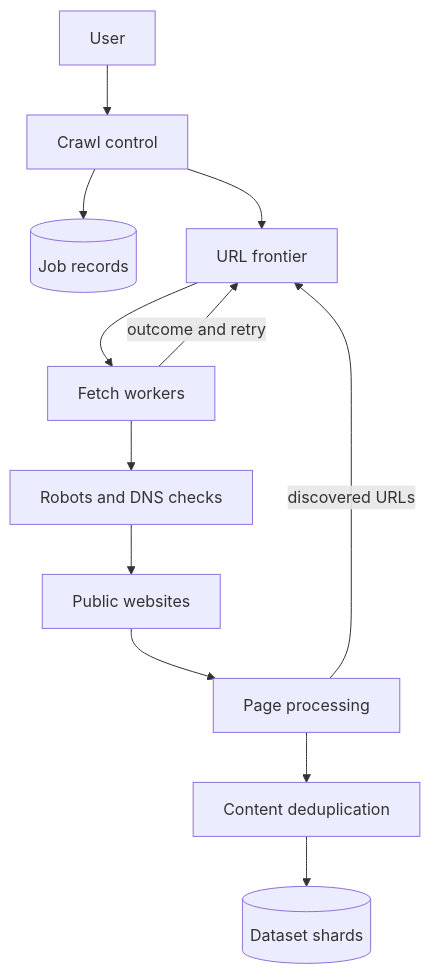
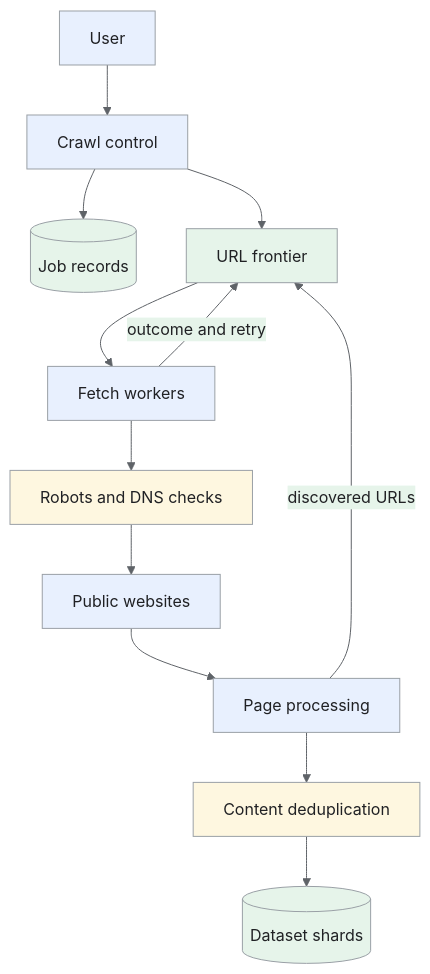
Before and after one commit to iliazlobin/iliazlobin.github.io: the first of 5 diagrams in _designs/system-design-web-crawler.md, drawn with Mermaid. The commit also changed other lines of this file and 25 other files, not shown here.

Commit message:
docs: explain Batch B design flows and tradeoffs

````diff
--- a/_designs/system-design-web-crawler.md
+++ b/_designs/system-design-web-crawler.md
@@ -123,14 +138,22 @@
 ```mermaid
+%%{init: {'theme':'base','themeVariables':{'primaryColor':'#e8f0fe','primaryTextColor':'#202124','primaryBorderColor':'#9aa0a6','lineColor':'#5f6368','secondaryColor':'#e6f4ea','tertiaryColor':'#fef7e0','actorBkg':'#e8f0fe','actorBorder':'#9aa0a6','actorTextColor':'#202124','noteBkgColor':'#fef7e0','noteTextColor':'#202124','noteBorderColor':'#9aa0a6','signalColor':'#5f6368','signalTextColor':'#202124','labelBoxBkgColor':'#fef7e0','labelBoxBorderColor':'#9aa0a6'}}}%%
 flowchart TB
   U["User"] --> API["Crawl control"]
   API --> J[("Job records")]
   API --> F["URL frontier"]
   F --> W["Fetch workers"]
   W --> R["Robots and DNS checks"]
   R --> WEB["Public websites"]
   WEB --> P["Page processing"]
   P --> D["Content deduplication"]
   D --> O[("Dataset shards")]
   P -->|discovered URLs| F
   W -->|outcome and retry| F
+classDef request fill:#e8f0fe,stroke:#9aa0a6,color:#202124;
+classDef data fill:#e6f4ea,stroke:#9aa0a6,color:#202124;
+classDef control fill:#fef7e0,stroke:#9aa0a6,color:#202124;
+class U,API,W,WEB,P request;
+class J,F,O data;
+class R,D control;
+
 ```
````
